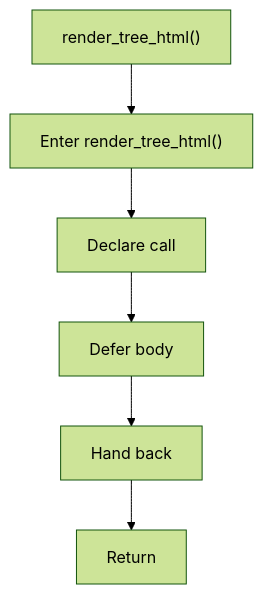
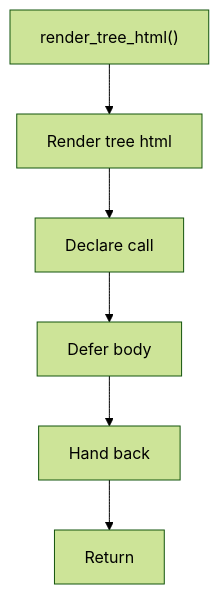
Before and after one commit to JohnAndrewBalbarosa/NeoTerritory: the second of 2 diagrams in docs/Codebase/Microservice/Modules/Header/SyntacticBrokenAST/OutputGeneration/Render/tree_html_renderer.hpp.md, drawn with Mermaid (forest theme). The commit also changed other lines of this file and 925 other files, not shown here.

````diff
--- a/docs/Codebase/Microservice/Modules/Header/SyntacticBrokenAST/OutputGeneration/Render/tree_html_renderer.hpp.md
+++ b/docs/Codebase/Microservice/Modules/Header/SyntacticBrokenAST/OutputGeneration/Render/tree_html_renderer.hpp.md
@@ -66,14 +65,14 @@
 ```mermaid
 flowchart TD
     Start["render_tree_html()"]
-    N0["Enter render_tree_html()"]
+    N0["Render tree html"]
     N1["Declare call"]
     N2["Defer body"]
     N3["Hand back"]
     End["Return"]
     Start --> N0
     N0 --> N1
     N1 --> N2
     N2 --> N3
     N3 --> End
 ```
````
